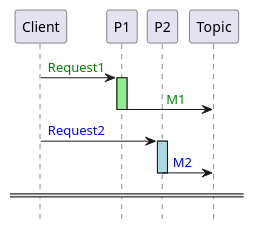
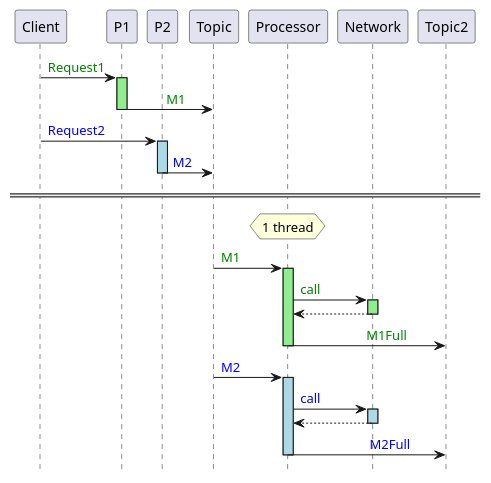
One commit to victorrentea/kafka changed the diagram in patterns/devoxx/2_producer_send_asap.puml. Above: the diagram before and after it, drawn with PlantUML. The commit also changed 4 other files, not shown here.

```diff
--- a/patterns/devoxx/2_producer_send_asap.puml
+++ b/patterns/devoxx/2_producer_send_asap.puml
@@ -1,23 +1,23 @@
 @startuml
 'title Producer Race
 hide footbox
 participant Client
 participant P1
 participant P2
 
 Client->P1++ #lightgreen: <font color=green>Request1
 Topic<-P1--: <font color=green>           M1
 Client->P2++ #lightblue: <font color=blue>Request2
 Topic<-P2--: <font color=blue> M2
 ====
 '⭐️ Uncomment below
-'hnote over Processor: 1 thread
-'Topic->Processor++ #lightgreen: <font color=green>M1
-'Processor->Network++ #lightgreen: <font color=green>call
-'Processor<--Network--
-'Topic2<-Processor--: <font color=green>                     M1Full
-'Topic->Processor++ #lightblue: <font color=blue>M2
-'Processor->Network++ #lightblue: <font color=blue>call
-'Processor<--Network--
-'Topic2<-Processor--: <font color=blue>                      M2Full
+hnote over Processor: 1 thread
+Topic->Processor++ #lightgreen: <font color=green>M1
+Processor->Network++ #lightgreen: <font color=green>call
+Processor<--Network--
+Topic2<-Processor--: <font color=green>                     M1Full
+Topic->Processor++ #lightblue: <font color=blue>M2
+Processor->Network++ #lightblue: <font color=blue>call
+Processor<--Network--
+Topic2<-Processor--: <font color=blue>                      M2Full
 @enduml
```
